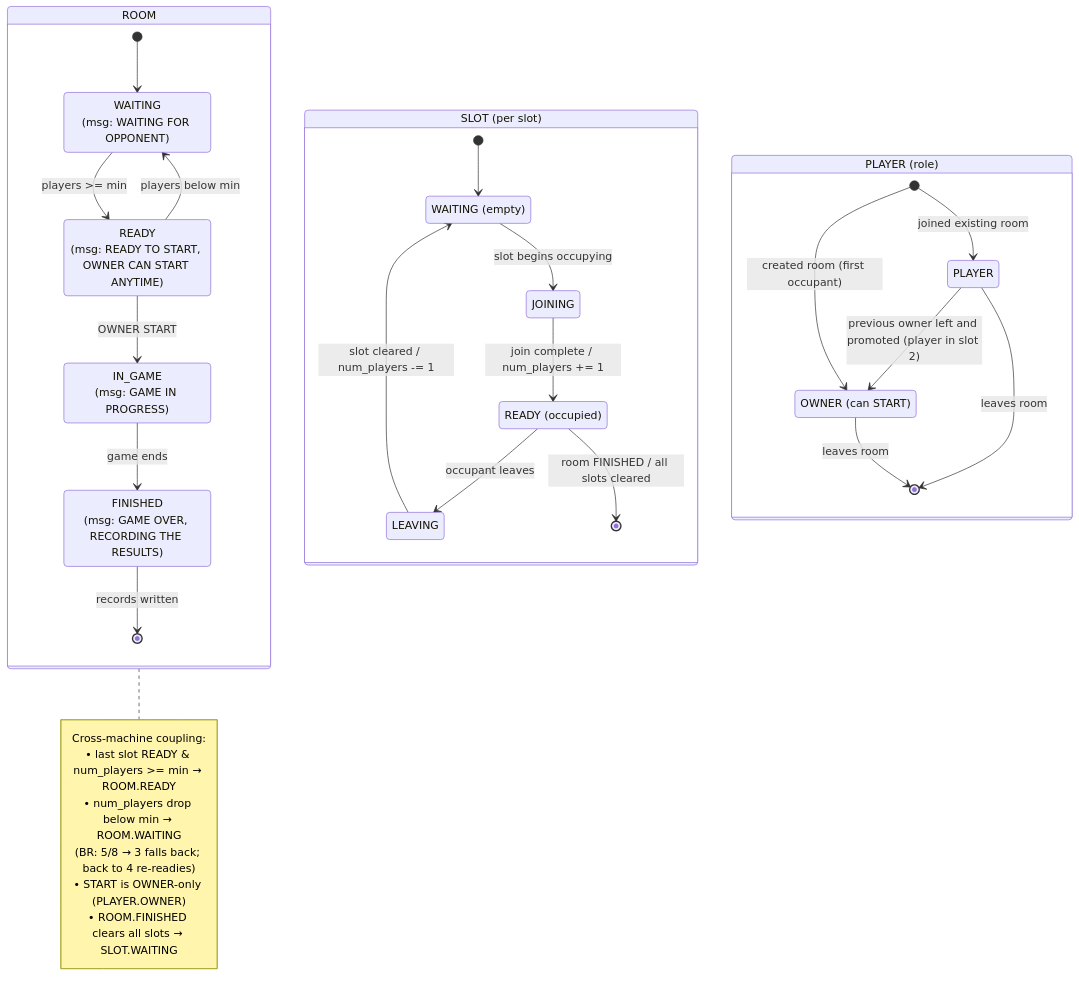
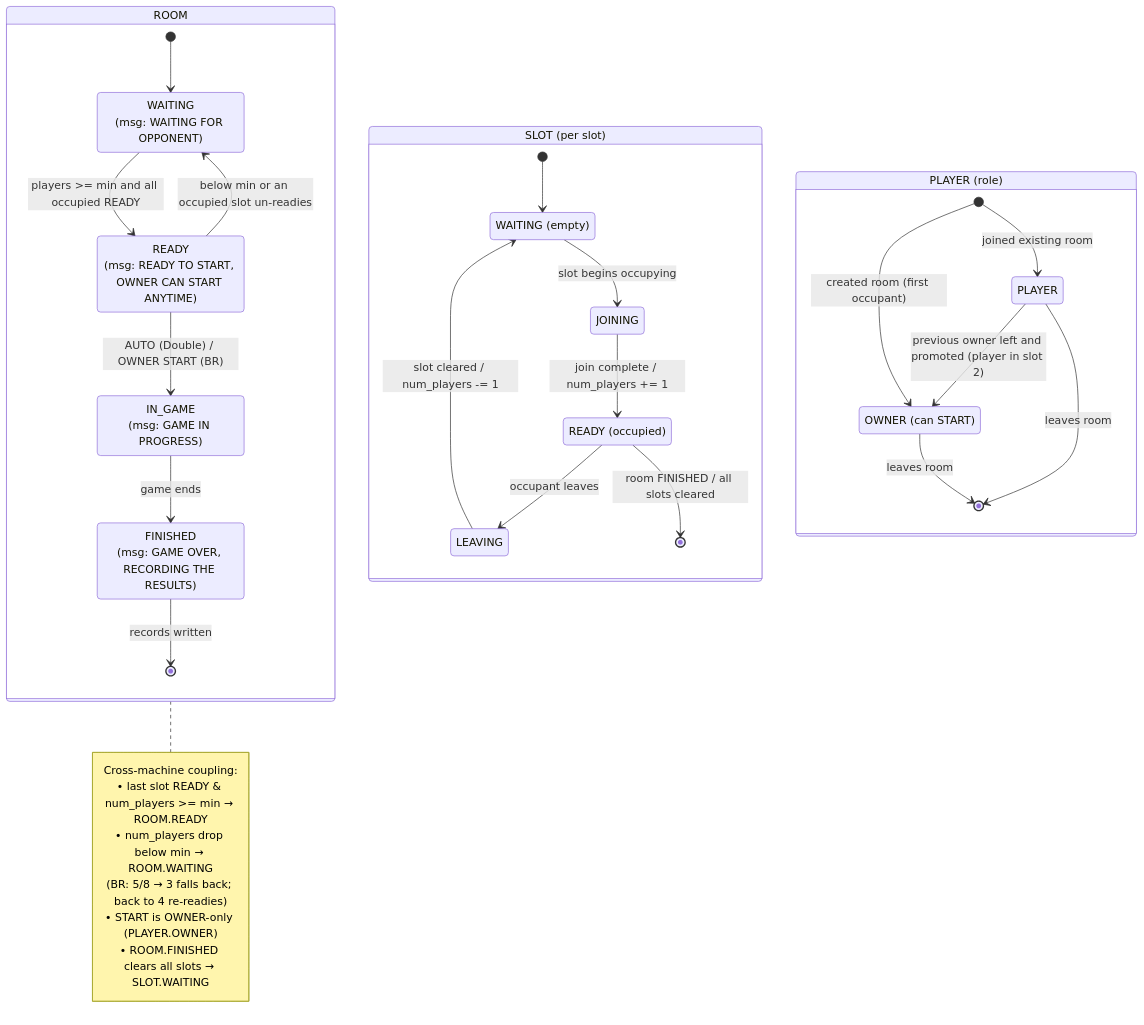
One commit to ziqiqiiii/tetriSH changed the diagram in docs/use_cases.md. Above: the diagram before and after it, drawn with Mermaid. The commit also changed other lines of this file and 43 other files, not shown here.

````diff
--- a/docs/use_cases.md
+++ b/docs/use_cases.md
@@ -268,56 +270,56 @@
 ```mermaid
 stateDiagram-v2
     direction TB
 
     %% ================= ROOM =================
     state "ROOM" as ROOM {
         [*] --> R_WAITING
         state "WAITING<br/>(msg: WAITING FOR OPPONENT)" as R_WAITING
         state "READY<br/>(msg: READY TO START, OWNER CAN START ANYTIME)" as R_READY
         state "IN_GAME<br/>(msg: GAME IN PROGRESS)" as R_IN_GAME
         state "FINISHED<br/>(msg: GAME OVER, RECORDING THE RESULTS)" as R_FINISHED
 
-        R_WAITING --> R_READY : players >= min
-        R_READY --> R_WAITING : players below min
-        R_READY --> R_IN_GAME : OWNER START
+        R_WAITING --> R_READY : players >= min and all occupied READY
+        R_READY --> R_WAITING : below min or an occupied slot un-readies
+        R_READY --> R_IN_GAME : AUTO (Double) / OWNER START (BR)
         R_IN_GAME --> R_FINISHED : game ends
         R_FINISHED --> [*] : records written
     }
     note right of ROOM
         Cross-machine coupling:
         • last slot READY & num_players >= min → ROOM.READY
         • num_players drop below min → ROOM.WAITING
           (BR: 5/8 → 3 falls back; back to 4 re-readies)
         • START is OWNER-only (PLAYER.OWNER)
         • ROOM.FINISHED clears all slots → SLOT.WAITING
     end note
 
     %% ================= SLOT =================
     state "SLOT (per slot)" as SLOT {
         [*] --> S_WAITING
         state "WAITING (empty)" as S_WAITING
         state "JOINING" as S_JOINING
         state "READY (occupied)" as S_READY
         state "LEAVING" as S_LEAVING
 
         S_WAITING --> S_JOINING : slot begins occupying
         S_JOINING --> S_READY : join complete / num_players += 1
         S_READY --> S_LEAVING : occupant leaves
         S_LEAVING --> S_WAITING : slot cleared / num_players -= 1
         S_READY --> [*] : room FINISHED / all slots cleared
     }
 
     %% ================= PLAYER =================
     state "PLAYER (role)" as PLAYER {
         state "OWNER (can START)" as P_OWNER
         state "PLAYER" as P_PLAYER
 
         [*] --> P_OWNER : created room (first occupant)
         [*] --> P_PLAYER : joined existing room
 
         P_PLAYER --> P_OWNER : previous owner left and promoted (player in slot 2)
 
         P_OWNER --> [*] : leaves room
         P_PLAYER --> [*] : leaves room
     }
 ```
````
